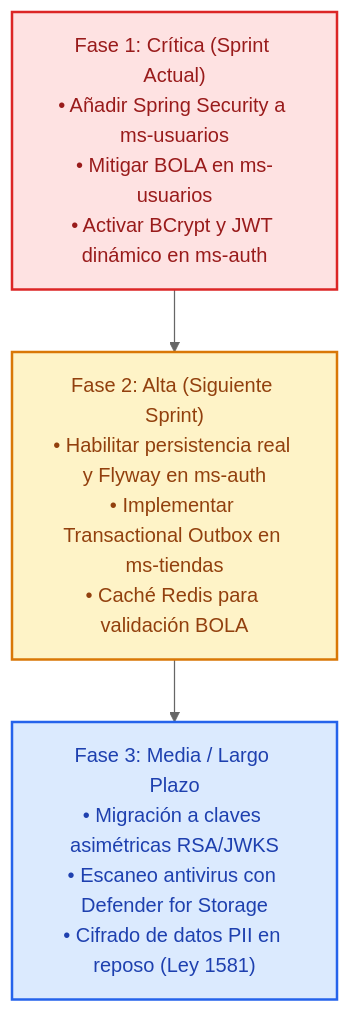
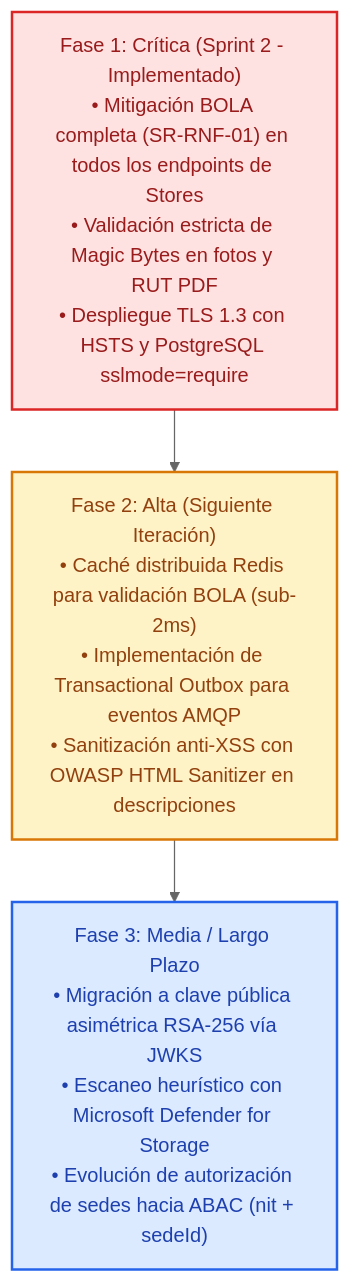
The third of 3 diagrams in README.md (StyleRadar1/CADCHE-Stores-Service), drawn with Mermaid (neutral theme) before and after one commit. The commit also changed other lines of this file, not shown here.

Commit message:
docs(security): enfocar analisis de seguridad en ms-tiendas (stores) con autenticacion, autorizacion e integridad

````diff
--- a/README.md
+++ b/README.md
@@ -1905,16 +1844,16 @@
 ```mermaid
 flowchart TD
-    P1["Fase 1: Crítica (Sprint Actual)<br>• Añadir Spring Security a ms-usuarios<br>• Mitigar BOLA en ms-usuarios<br>• Activar BCrypt y JWT dinámico en ms-auth"]
-    P2["Fase 2: Alta (Siguiente Sprint)<br>• Habilitar persistencia real y Flyway en ms-auth<br>• Implementar Transactional Outbox en ms-tiendas<br>• Caché Redis para validación BOLA"]
-    P3["Fase 3: Media / Largo Plazo<br>• Migración a claves asimétricas RSA/JWKS<br>• Escaneo antivirus con Defender for Storage<br>• Cifrado de datos PII en reposo (Ley 1581)"]
+    P1["Fase 1: Crítica (Sprint 2 - Implementado)<br>• Mitigación BOLA completa (SR-RNF-01) en todos los endpoints de Stores<br>• Validación estricta de Magic Bytes en fotos y RUT PDF<br>• Despliegue TLS 1.3 con HSTS y PostgreSQL sslmode=require"]
+    P2["Fase 2: Alta (Siguiente Iteración)<br>• Caché distribuida Redis para validación BOLA (sub-2ms)<br>• Implementación de Transactional Outbox para eventos AMQP<br>• Sanitización anti-XSS con OWASP HTML Sanitizer en descripciones"]
+    P3["Fase 3: Media / Largo Plazo<br>• Migración a clave pública asimétrica RSA-256 vía JWKS<br>• Escaneo heurístico con Microsoft Defender for Storage<br>• Evolución de autorización de sedes hacia ABAC (nit + sedeId)"]
 
     P1 --> P2 --> P3
 
     classDef crit fill:#FEE2E2,stroke:#DC2626,stroke-width:2px,color:#991B1B;
     classDef high fill:#FEF3C7,stroke:#D97706,stroke-width:2px,color:#92400E;
     classDef med fill:#DBEAFE,stroke:#2563EB,stroke-width:2px,color:#1E40AF;
 
     class P1 crit;
     class P2 high;
     class P3 med;
 ```
````
